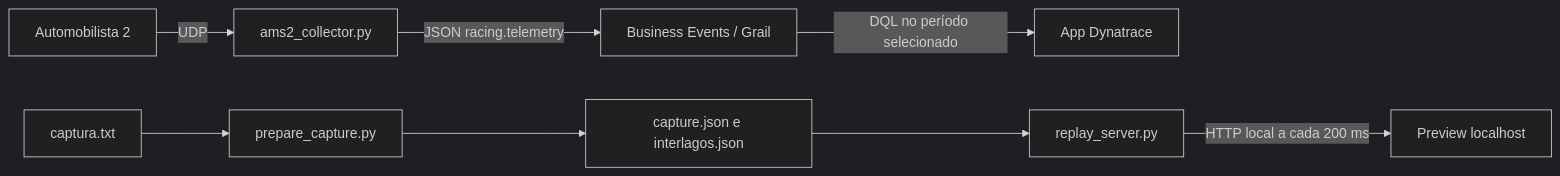
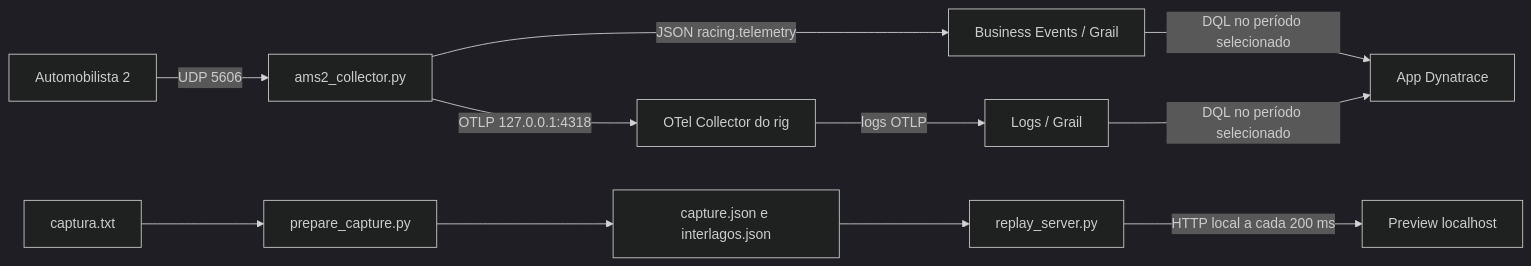
Before and after one commit to brunoxy01/Dynatrace-Hackathon-Racing: the diagram in README.md, drawn with Mermaid (dark theme). The commit also changed other lines of this file and 15 other files, not shown here.

First line of the commit message:
feat: pipeline OTel local no rig, em paralelo aos business events

````diff
--- a/README.md
+++ b/README.md
@@ -21,10 +21,13 @@
 ```mermaid
 flowchart LR
-  A[Automobilista 2] -->|UDP| B[ams2_collector.py]
+  A[Automobilista 2] -->|UDP 5606| B[ams2_collector.py]
   B -->|JSON racing.telemetry| C[Business Events / Grail]
+  B -->|OTLP 127.0.0.1:4318| J[OTel Collector do rig]
+  J -->|logs OTLP| K[Logs / Grail]
   C -->|DQL no período selecionado| D[App Dynatrace]
+  K -->|DQL no período selecionado| D
   E[captura.txt] --> F[prepare_capture.py]
   F --> G[capture.json e interlagos.json]
   G --> H[replay_server.py]
   H -->|HTTP local a cada 200 ms| I[Preview localhost]
 ```
````
